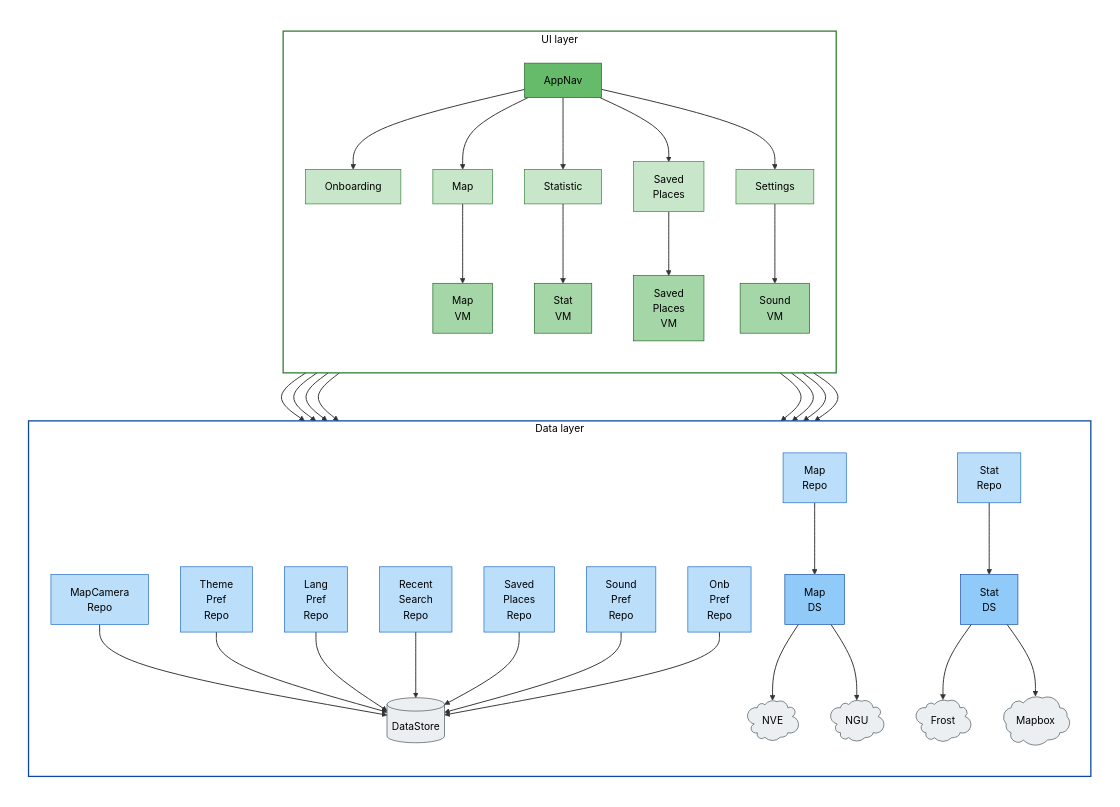
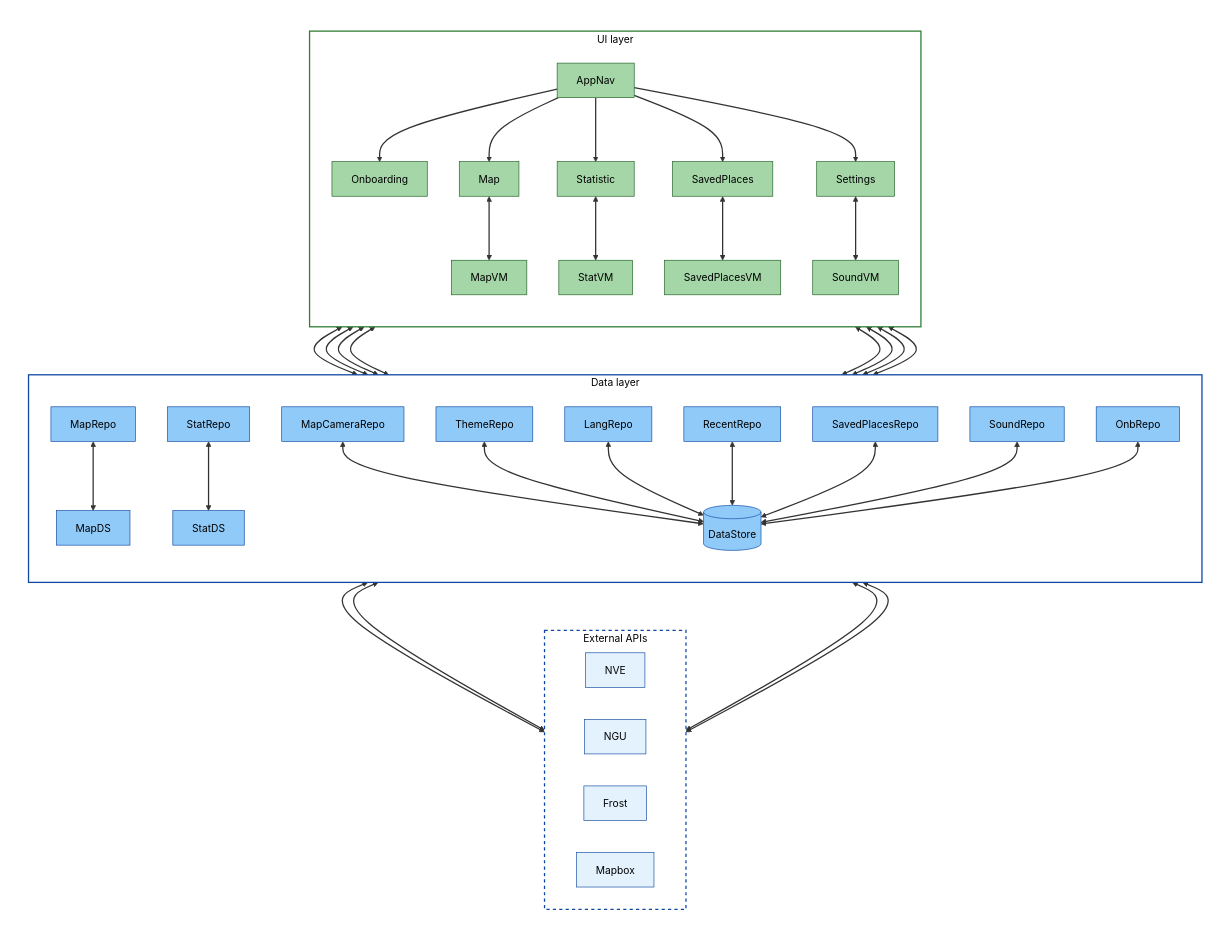
The diagram in ARCHITECTURE.md (Dannevanne/klima-app), drawn with Mermaid before and after one commit. The commit also changed other lines of this file, not shown here.

Commit message:
fix: arch diagram one color per layer, bidirectional flow, single-line labels

````diff
--- a/ARCHITECTURE.md
+++ b/ARCHITECTURE.md
@@ -110,22 +110,21 @@
     subgraph CANVAS[" "]
         direction TB
 
-        %% =========== UI LAYER ===========
         subgraph UI["UI layer"]
             direction TB
 
-            AppNav["AppNav"]:::navhost
+            AppNav["AppNav"]:::ui
 
-            OnbScreen["Onboarding"]:::screen
-            MapScreen["Map"]:::screen
-            StatScreen["Statistic"]:::screen
-            SavScreen["Saved<br>Places"]:::screen
-            SetScreen["Settings"]:::screen
+            OnbScreen["Onboarding"]:::ui
+            MapScreen["Map"]:::ui
+            StatScreen["Statistic"]:::ui
+            SavScreen["SavedPlaces"]:::ui
+            SetScreen["Settings"]:::ui
 
-            MapVM["Map<br>VM"]:::vm
-            StatVM["Stat<br>VM"]:::vm
-            SavVM["Saved<br>Places<br>VM"]:::vm
-            SoundVM["Sound<br>VM"]:::vm
+            MapVM["MapVM"]:::ui
+            StatVM["StatVM"]:::ui
+            SavVM["SavedPlacesVM"]:::ui
+            SoundVM["SoundVM"]:::ui
 
             AppNav --> OnbScreen
             AppNav --> MapScreen
@@ -133,77 +132,73 @@
             AppNav --> SavScreen
             AppNav --> SetScreen
 
-            MapScreen --> MapVM
-            StatScreen --> StatVM
-            SavScreen --> SavVM
-            SetScreen --> SoundVM
+            MapScreen <--> MapVM
+            StatScreen <--> StatVM
+            SavScreen <--> SavVM
+            SetScreen <--> SoundVM
         end
 
-        %% =========== DATA LAYER ===========
         subgraph DATA["Data layer"]
             direction TB
 
-            MapRepo["Map<br>Repo"]:::repo
-            MapCameraRepo["MapCamera<br>Repo"]:::repo
-            ThemeRepo["Theme<br>Pref<br>Repo"]:::repo
-            LangRepo["Lang<br>Pref<br>Repo"]:::repo
-            StatRepo["Stat<br>Repo"]:::repo
-            RecentRepo["Recent<br>Search<br>Repo"]:::repo
-            SavRepo["Saved<br>Places<br>Repo"]:::repo
-            SoundRepo["Sound<br>Pref<br>Repo"]:::repo
-            OnbRepo["Onb<br>Pref<br>Repo"]:::repo
+            MapRepo["MapRepo"]:::data
+            MapCameraRepo["MapCameraRepo"]:::data
+            ThemeRepo["ThemeRepo"]:::data
+            LangRepo["LangRepo"]:::data
+            StatRepo["StatRepo"]:::data
+            RecentRepo["RecentRepo"]:::data
+            SavRepo["SavedPlacesRepo"]:::data
+            SoundRepo["SoundRepo"]:::data
+            OnbRepo["OnbRepo"]:::data
 
-            MapDS["Map<br>DS"]:::ds
-            StatDS["Stat<br>DS"]:::ds
+            MapDS["MapDS"]:::data
+            StatDS["StatDS"]:::data
 
-            DS[("DataStore")]:::store
+            DS[("DataStore")]:::data
 
-            NVE@{ shape: cloud, label: "NVE" }
-            NGU@{ shape: cloud, label: "NGU" }
-            Frost@{ shape: cloud, label: "Frost" }
-            Mapbox@{ shape: cloud, label: "Mapbox" }
+            MapRepo <--> MapDS
+            StatRepo <--> StatDS
 
-            MapRepo --> MapDS
-            StatRepo --> StatDS
-
-            MapCameraRepo --> DS
-            ThemeRepo --> DS
-            LangRepo --> DS
-            RecentRepo --> DS
-            SavRepo --> DS
-            SoundRepo --> DS
-            OnbRepo --> DS
-
-            MapDS --> NVE
-            MapDS --> NGU
-            StatDS --> Frost
-            StatDS --> Mapbox
+            MapCameraRepo <--> DS
+            ThemeRepo <--> DS
+            LangRepo <--> DS
+            RecentRepo <--> DS
+            SavRepo <--> DS
+            SoundRepo <--> DS
+            OnbRepo <--> DS
         end
 
-        class NVE,NGU,Frost,Mapbox api
+        subgraph APIS["External APIs"]
+            direction LR
+            NVE["NVE"]:::api
+            NGU["NGU"]:::api
+            Frost["Frost"]:::api
+            Mapbox["Mapbox"]:::api
+        end
 
-        %% Primary VM -> Repo edges only (cross-feature edges live in prose)
-        MapVM --> MapRepo
-        MapVM --> MapCameraRepo
-        MapVM --> ThemeRepo
-        MapVM --> LangRepo
-        StatVM --> StatRepo
-        StatVM --> RecentRepo
-        SavVM --> SavRepo
-        SoundVM --> SoundRepo
+        MapVM <--> MapRepo
+        MapVM <--> MapCameraRepo
+        MapVM <--> ThemeRepo
+        MapVM <--> LangRepo
+        StatVM <--> StatRepo
+        StatVM <--> RecentRepo
+        SavVM <--> SavRepo
+        SoundVM <--> SoundRepo
+
+        MapDS <--> NVE
+        MapDS <--> NGU
+        StatDS <--> Frost
+        StatDS <--> Mapbox
     end
 
-    linkStyle default stroke:#333333,stroke-width:1.5px
+    linkStyle default stroke:#333333,stroke-width:2px
 
     style CANVAS fill:#ffffff,stroke:#ffffff,color:#000000
     style UI fill:#ffffff,stroke:#2e7d32,stroke-width:2px,color:#000000
     style DATA fill:#ffffff,stroke:#0d47a1,stroke-width:2px,color:#000000
+    style APIS fill:#ffffff,stroke:#0d47a1,stroke-width:2px,stroke-dasharray:5 5,color:#000000
 
-    classDef navhost fill:#66bb6a,stroke:#1b5e20,color:#000
-    classDef screen fill:#c8e6c9,stroke:#2e7d32,color:#000
-    classDef vm fill:#a5d6a7,stroke:#1b5e20,color:#000
-    classDef repo fill:#bbdefb,stroke:#1565c0,color:#000
-    classDef ds fill:#90caf9,stroke:#0d47a1,color:#000
-    classDef api fill:#eceff1,stroke:#37474f,color:#000
-    classDef store fill:#eceff1,stroke:#37474f,color:#000
+    classDef ui fill:#a5d6a7,stroke:#1b5e20,color:#000
+    classDef data fill:#90caf9,stroke:#0d47a1,color:#000
+    classDef api fill:#e3f2fd,stroke:#0d47a1,color:#000
 ```
````
